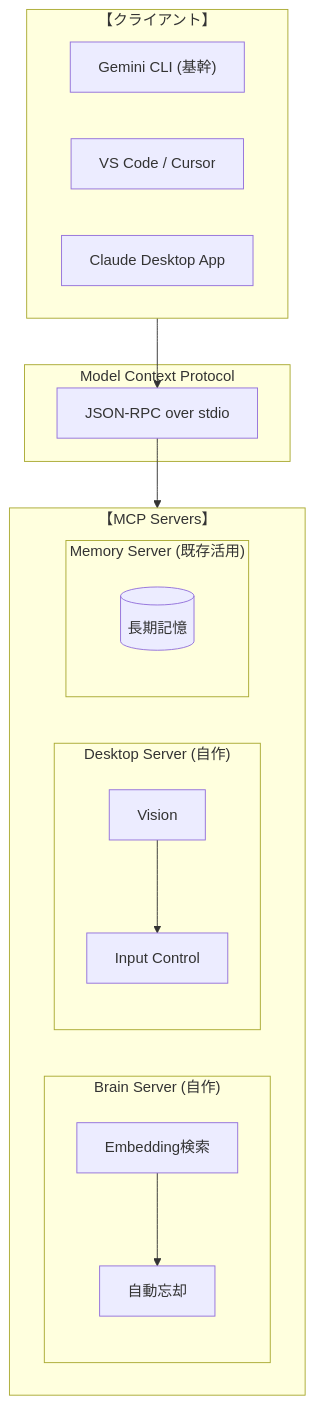
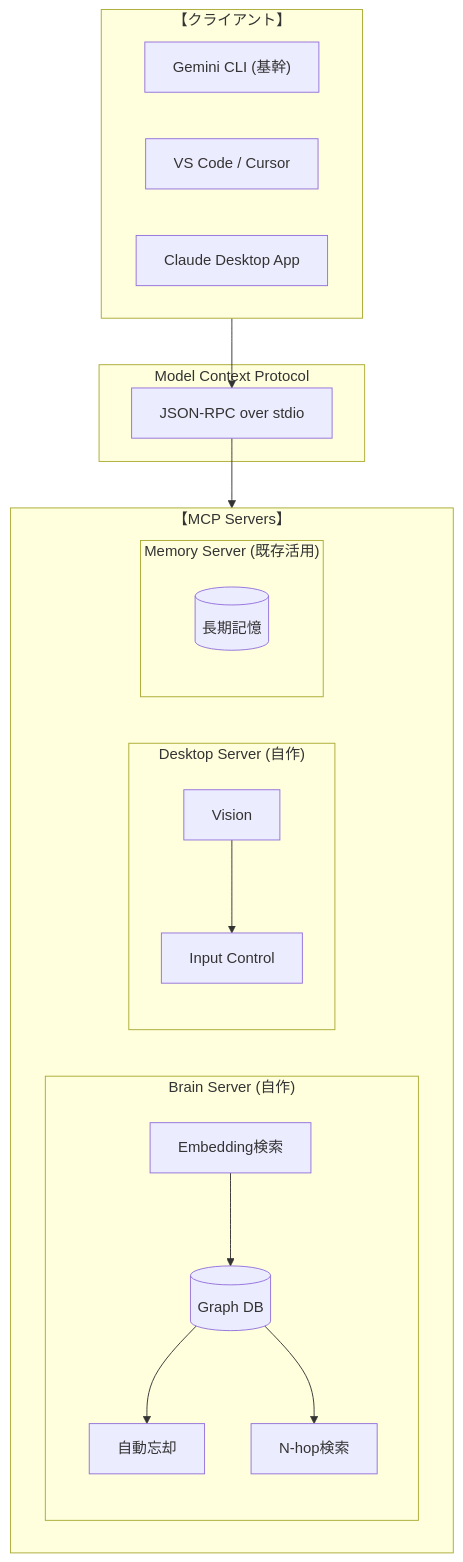
One commit to tomoharu-hayashi/jarvis changed the diagram in README.md. Above: the diagram before and after it, drawn with Mermaid. The commit also changed 2 other files, not shown here.

Commit message:
feat: Brain Serverの追加とN-hop検索機能の統合、Gemini CLIの更新

````diff
--- a/README.md
+++ b/README.md
@@ -56,26 +56,28 @@
 ```mermaid
 graph TD
     subgraph Clients ["【クライアント】"]
         ClientA["Gemini CLI (基幹)"]
         ClientB["VS Code / Cursor"]
         ClientC["Claude Desktop App"]
     end
 
     subgraph MCP ["Model Context Protocol"]
         Pipe[JSON-RPC over stdio]
     end
 
     subgraph Servers ["【MCP Servers】"]
         subgraph Brain ["Brain Server (自作)"]
-            EmbeddingSearch["Embedding検索"] --> AutoForget["自動忘却"]
+            EmbeddingSearch["Embedding検索"] --> GraphDB[("Graph DB")]
+            GraphDB --> AutoForget["自動忘却"]
+            GraphDB --> HopRetrieval["N-hop検索"]
         end
         subgraph Desktop ["Desktop Server (自作)"]
             Vision[Vision] --> Input[Input Control]
         end
         subgraph Memory ["Memory Server (既存活用)"]
             VectorDB[("長期記憶")]
         end
     end
 
     Clients --> Pipe --> Servers
 ```
````
